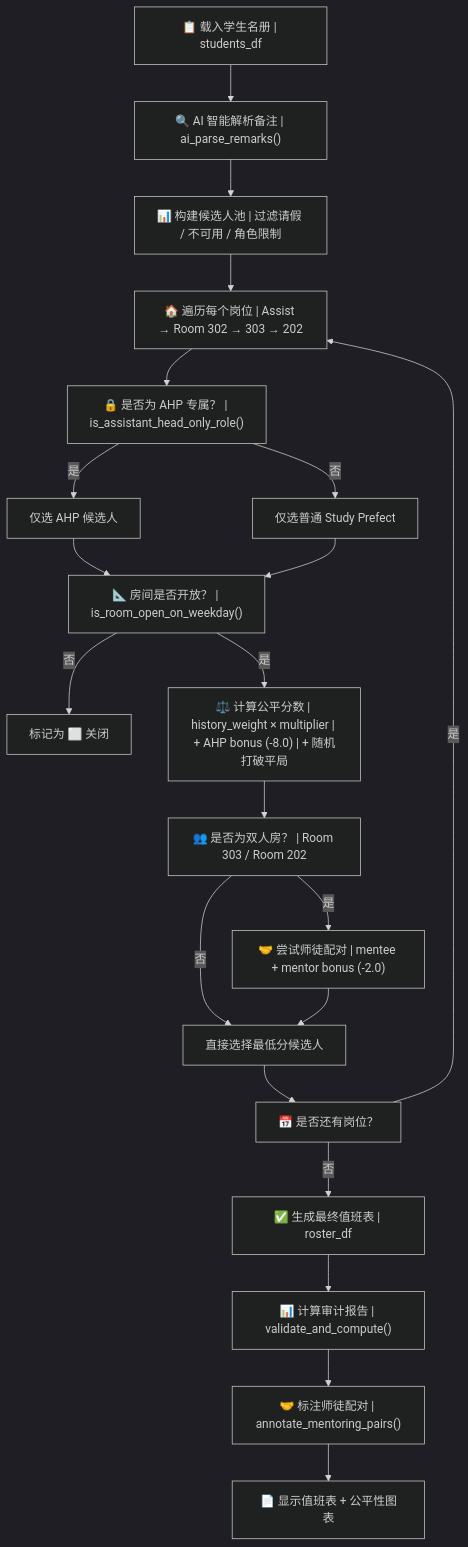
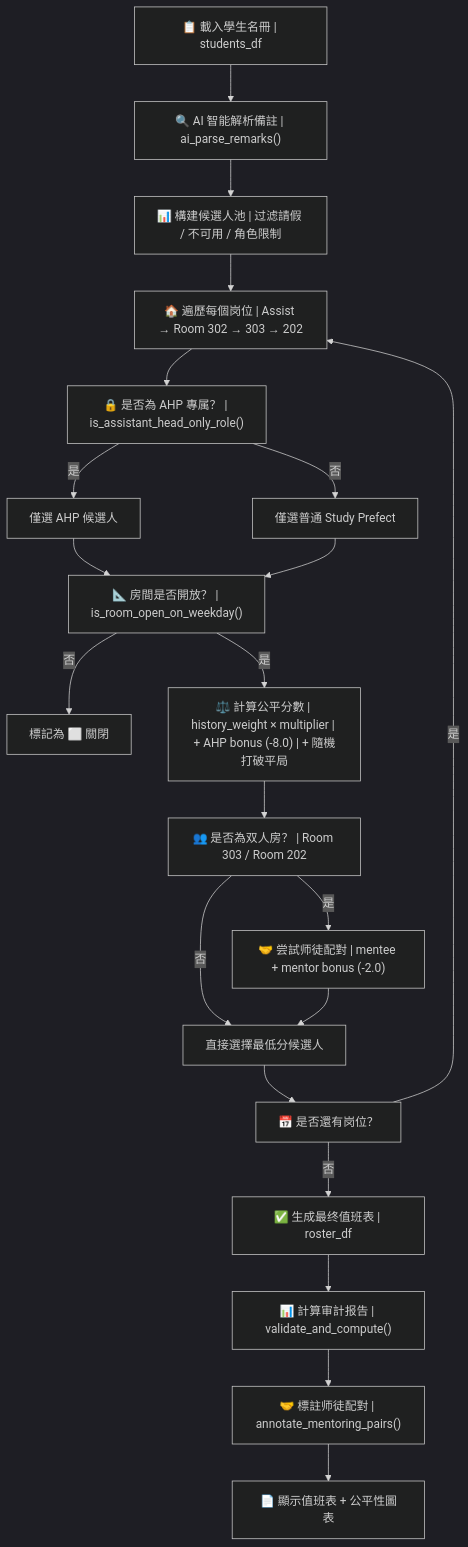
The second of 4 diagrams in README.md (JackyLi10777/Study-Prefect-Duty-Roster-System), drawn with Mermaid (dark theme) before and after one commit. The commit also changed other lines of this file and 9 other files, not shown here.

````diff
--- a/README.md
+++ b/README.md
@@ -217,23 +217,23 @@
 ```mermaid
 flowchart TD
-    A["📋 载入学生名册 | students_df"] --> B["🔍 AI 智能解析备注 | ai_parse_remarks()"]
-    B --> C["📊 构建候选人池 | 过滤请假 / 不可用 / 角色限制"]
-    C --> D["🏠 遍历每个岗位 | Assist → Room 302 → 303 → 202"]
-    D --> E["🔒 是否为 AHP 专属？ | is_assistant_head_only_role()"]
-    E -->|是| F["仅选 AHP 候选人"]
-    E -->|否| G["仅选普通 Study Prefect"]
-    F --> H["📐 房间是否开放？ | is_room_open_on_weekday()"]
+    A["📋 載入學生名冊 | students_df"] --> B["🔍 AI 智能解析備註 | ai_parse_remarks()"]
+    B --> C["📊 構建候選人池 | 过滤請假 / 不可用 / 角色限制"]
+    C --> D["🏠 遍歷每個岗位 | Assist → Room 302 → 303 → 202"]
+    D --> E["🔒 是否為 AHP 專属？ | is_assistant_head_only_role()"]
+    E -->|是| F["僅選 AHP 候選人"]
+    E -->|否| G["僅選普通 Study Prefect"]
+    F --> H["📐 房間是否開放？ | is_room_open_on_weekday()"]
     G --> H
-    H -->|否| I["标记为 ⬜ 关闭"]
-    H -->|是| J["⚖️ 计算公平分数 | history_weight × multiplier | + AHP bonus (-8.0) | + 随机打破平局"]
-    J --> K["👥 是否为双人房？ | Room 303 / Room 202"]
-    K -->|是| L["🤝 尝试师徒配对 | mentee + mentor bonus (-2.0)"]
-    K -->|否| M["直接选择最低分候选人"]
+    H -->|否| I["標記為 ⬜ 關閉"]
+    H -->|是| J["⚖️ 計算公平分數 | history_weight × multiplier | + AHP bonus (-8.0) | + 隨機打破平局"]
+    J --> K["👥 是否為双人房？ | Room 303 / Room 202"]
+    K -->|是| L["🤝 尝試师徒配對 | mentee + mentor bonus (-2.0)"]
+    K -->|否| M["直接選擇最低分候選人"]
     L --> M
-    M --> N["📅 是否还有岗位？"]
+    M --> N["📅 是否還有岗位？"]
     N -->|是| D
     N -->|否| O["✅ 生成最终值班表 | roster_df"]
-    O --> P["📊 计算审计报告 | validate_and_compute()"]
-    P --> Q["🤝 标注师徒配对 | annotate_mentoring_pairs()"]
-    Q --> R["📄 显示值班表 + 公平性图表"]
+    O --> P["📊 計算审計报告 | validate_and_compute()"]
+    P --> Q["🤝 標註师徒配對 | annotate_mentoring_pairs()"]
+    Q --> R["📄 顯示值班表 + 公平性圖表"]
 ```
````
